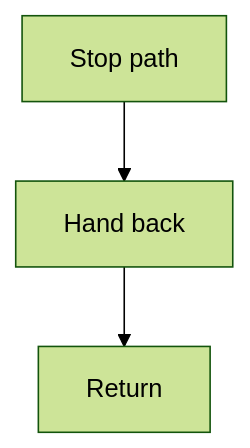
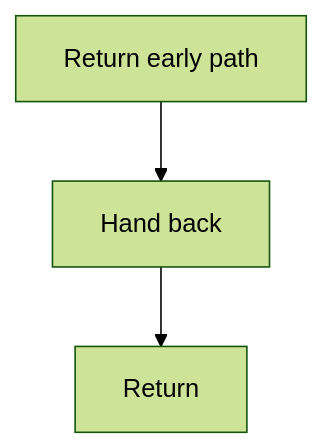
The second of 2 diagrams in docs/Codebase/Infrastructure/session-orchestration/bootstrap_and_deploy/functions/apply_k8stemplate.ps1.md (JohnAndrewBalbarosa/NeoTerritory), drawn with Mermaid (forest theme) before and after one commit. The commit also changed other lines of this file and 915 other files, not shown here.

````diff
--- a/docs/Codebase/Infrastructure/session-orchestration/bootstrap_and_deploy/functions/apply_k8stemplate.ps1.md
+++ b/docs/Codebase/Infrastructure/session-orchestration/bootstrap_and_deploy/functions/apply_k8stemplate.ps1.md
@@ -48,8 +48,8 @@
 ```mermaid
 flowchart TD
-    N0["Stop path"]
+    N0["Return early path"]
     N1["Hand back"]
     N2["Return"]
     N0 --> N1
     N1 --> N2
 ```
````
